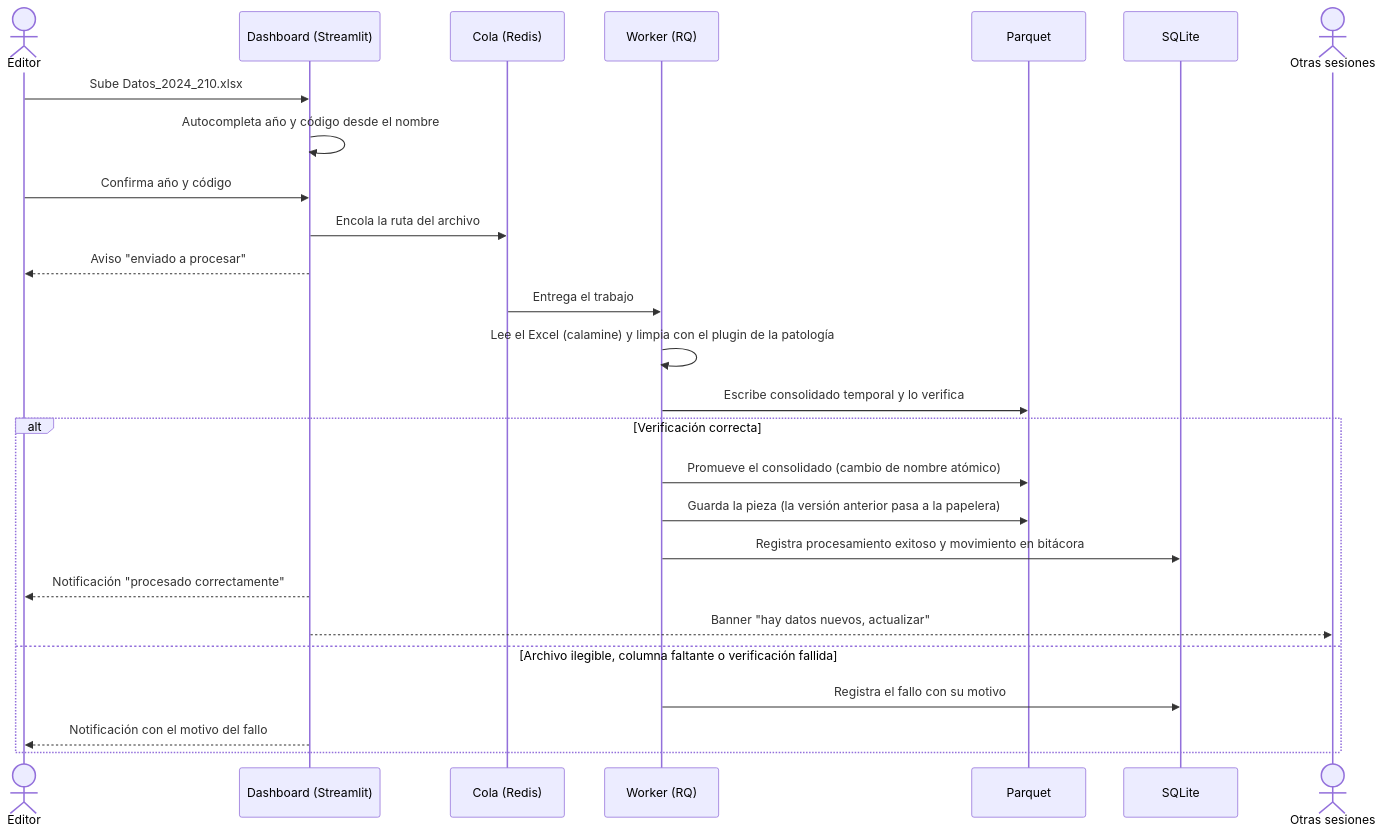
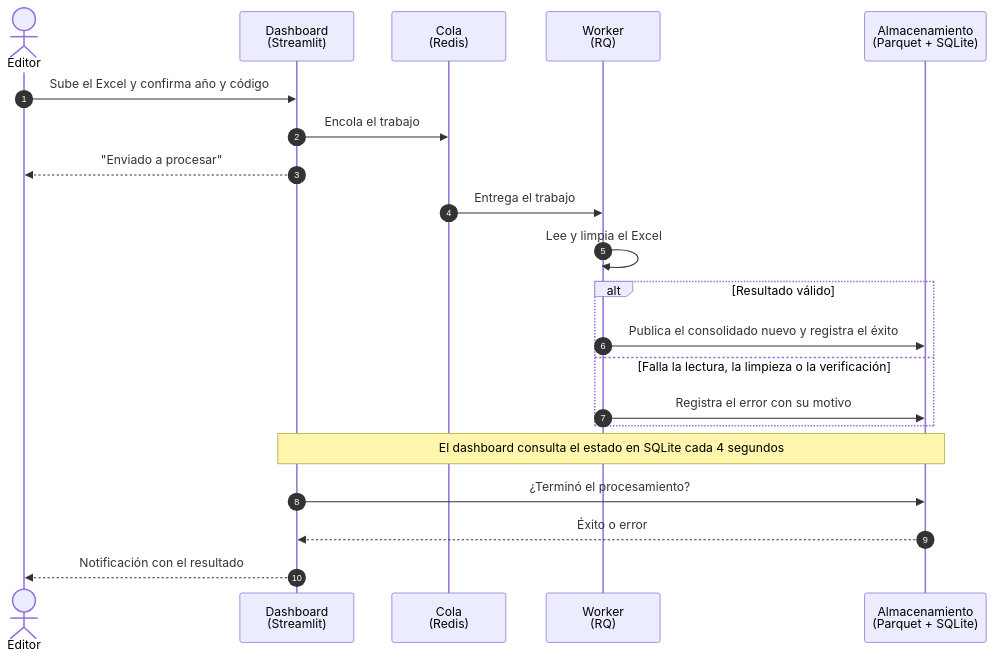
The second of 2 diagrams in README.md (Edmh1/public-health-surveillance-system), drawn with Mermaid before and after one commit. The commit also changed other lines of this file and 1 other file, not shown here.

Commit message:
docs: enhance data processing flow diagrams in documentation for clarity

````diff
--- a/README.md
+++ b/README.md
@@ -62,29 +81,24 @@
 ```mermaid
 sequenceDiagram
+    autonumber
     actor E as Editor
-    participant D as Dashboard (Streamlit)
-    participant Q as Cola (Redis)
-    participant W as Worker (RQ)
-    participant P as Parquet
-    participant S as SQLite
-    actor O as Otras sesiones
+    participant D as Dashboard<br/>(Streamlit)
+    participant R as Cola<br/>(Redis)
+    participant W as Worker<br/>(RQ)
+    participant A as Almacenamiento<br/>(Parquet + SQLite)
 
-    E->>D: Sube Datos_2024_210.xlsx
-    D->>D: Autocompleta año y código desde el nombre
-    E->>D: Confirma año y código
-    D->>Q: Encola la ruta del archivo
-    D-->>E: Aviso "enviado a procesar"
-    Q->>W: Entrega el trabajo
-    W->>W: Lee el Excel (calamine) y limpia con el plugin de la patología
-    W->>P: Escribe consolidado temporal y lo verifica
-    alt Verificación correcta
-        W->>P: Promueve el consolidado (cambio de nombre atómico)
-        W->>P: Guarda la pieza (la versión anterior pasa a la papelera)
-        W->>S: Registra procesamiento exitoso y movimiento en bitácora
-        D-->>E: Notificación "procesado correctamente"
-        D-->>O: Banner "hay datos nuevos, actualizar"
-    else Archivo ilegible, columna faltante o verificación fallida
-        W->>S: Registra el fallo con su motivo
-        D-->>E: Notificación con el motivo del fallo
+    E->>D: Sube el Excel y confirma año y código
+    D->>R: Encola el trabajo
+    D-->>E: "Enviado a procesar"
+    R->>W: Entrega el trabajo
+    W->>W: Lee y limpia el Excel
+    alt Resultado válido
+        W->>A: Publica el consolidado nuevo y registra el éxito
+    else Falla la lectura, la limpieza o la verificación
+        W->>A: Registra el error con su motivo
     end
+    Note over D,A: El dashboard consulta el estado en SQLite cada 4 segundos
+    D->>A: ¿Terminó el procesamiento?
+    A-->>D: Éxito o error
+    D-->>E: Notificación con el resultado
 ```
````
